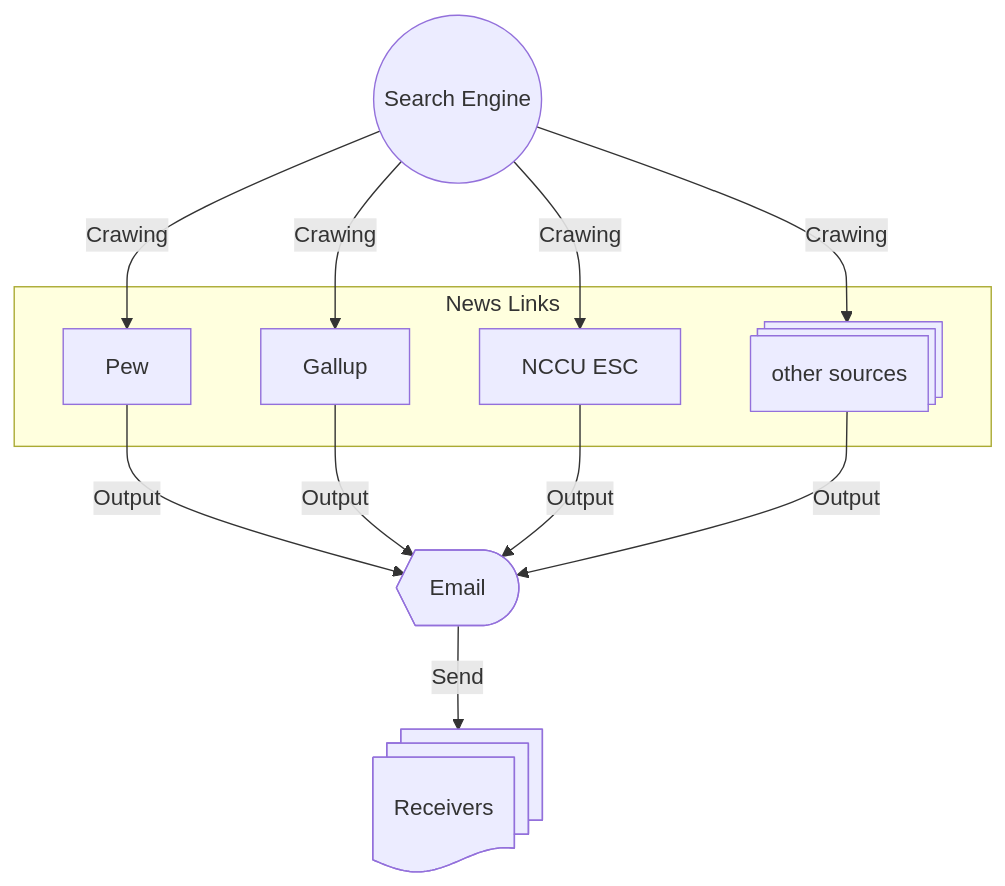
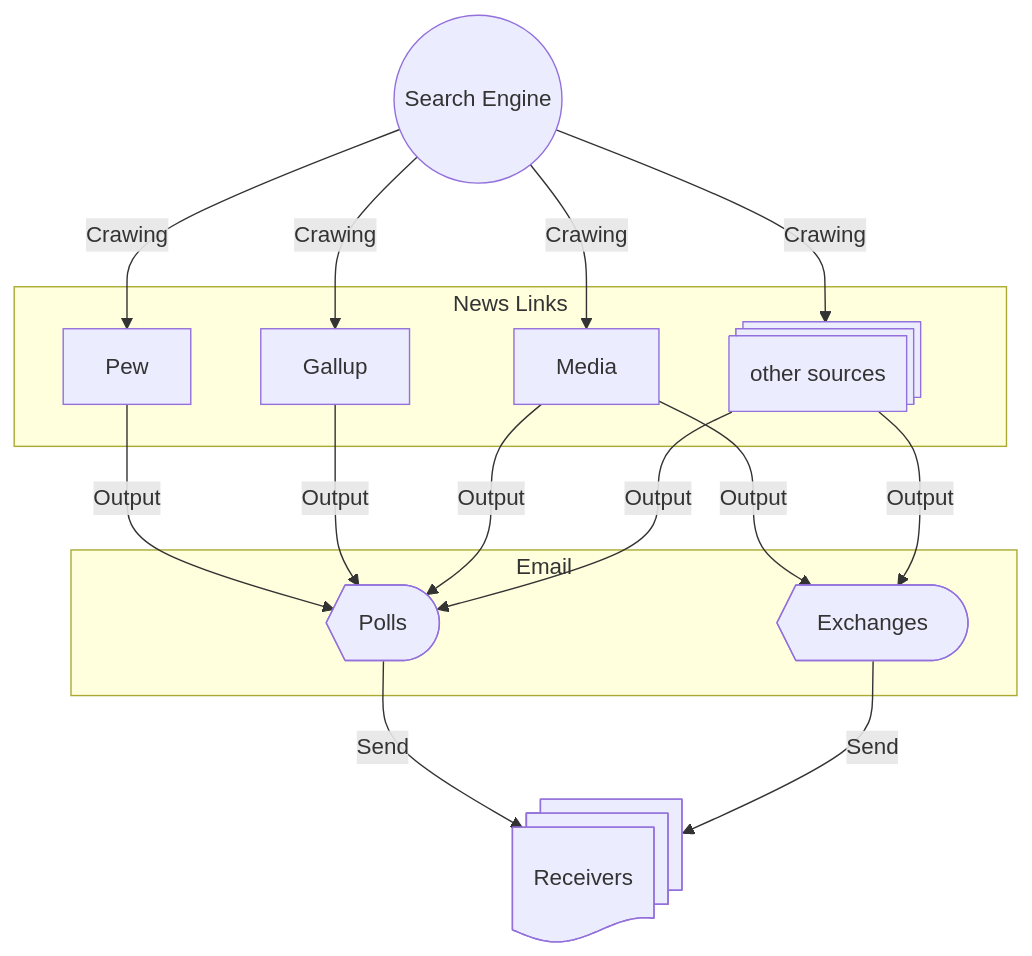
The diagram in README.md (Kunui/main.py), drawn with Mermaid before and after one commit. The commit also changed other lines of this file, not shown here.

Commit message:
revise_intro

````diff
--- a/README.md
+++ b/README.md
@@ -14,30 +17,40 @@
 ```mermaid
 flowchart TD
 
 A(("Search Engine"))
 B["Pew"]
 C["Gallup"]
-D["NCCU ESC"]
+D["Media"]
 E@{ shape: procs, label: "other sources"}
-F@{ shape: curv-trap, label: "Email" }
-G@{ shape: docs, label: "Receivers"}
+F@{ shape: curv-trap, label: "Polls" }
+G@{ shape: curv-trap, label: "Exchanges" }
+H@{ shape: docs, label: "Receivers"}
 
 subgraph "News Links"
 B
 C
 D
 E
 end
+
+subgraph "Email"
+F
+G
+end
+
 
 A--Crawing-->B
 A--Crawing-->C
 A--Crawing-->D
 A--Crawing-->E
 
 B--"Output"-->F
 C--"Output"-->F
 D--"Output"-->F
+D--"Output"-->G
 E--"Output"-->F
-F--"Send"-->G
+E--"Output"-->G
+F--"Send"-->H
+G--"Send"-->H
 
 ```
````
